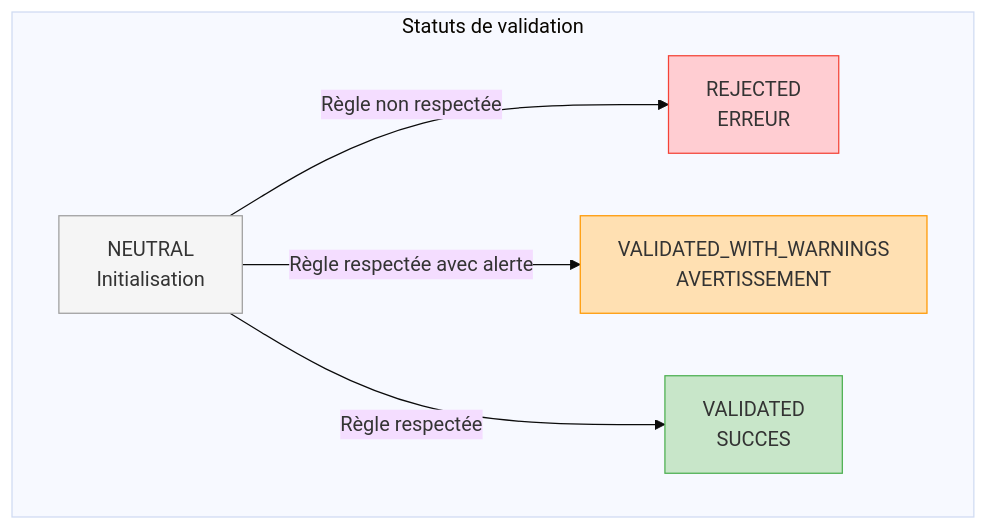
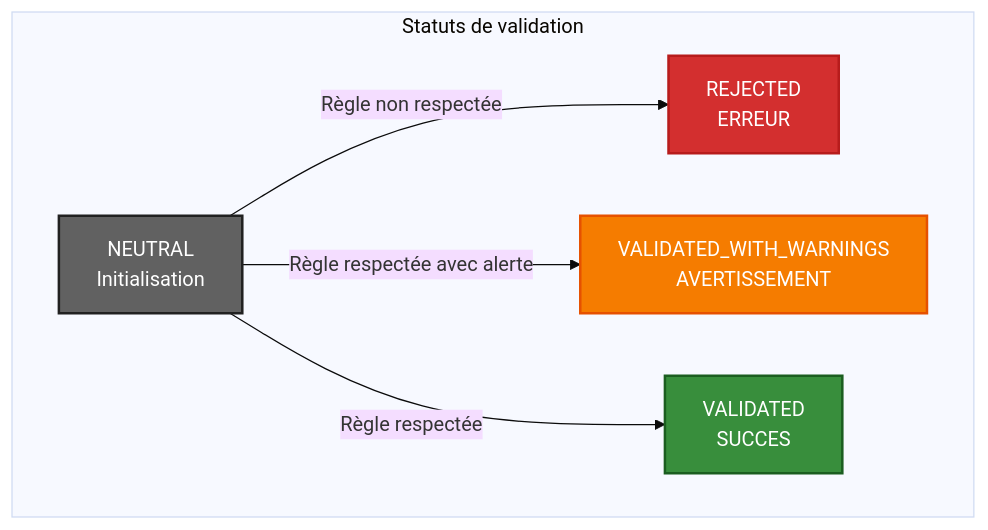
One commit to assurance-maladie-digital/design-system-v3 changed the second of 9 diagrams in VALIDATION_SYSTEM_GUIDE.md. Above: the diagram before and after it, drawn with Mermaid (base theme). The commit also changed other lines of this file, not shown here.

````diff
--- a/VALIDATION_SYSTEM_GUIDE.md
+++ b/VALIDATION_SYSTEM_GUIDE.md
@@ -51,18 +51,18 @@
 ```mermaid
 flowchart TB
     subgraph Statuts["Statuts de validation"]
         N[NEUTRAL\nInitialisation]
         R[REJECTED\nERREUR]
         VW[VALIDATED_WITH_WARNINGS\nAVERTISSEMENT]
         V[VALIDATED\nSUCCES]
     end
 
     N -->|Règle non respectée| R
     N -->|Règle respectée avec alerte| VW
     N -->|Règle respectée| V
 
-    style R fill:#ffcdd2,stroke:#f44336
-    style VW fill:#ffe0b2,stroke:#ff9800
-    style V fill:#c8e6c9,stroke:#4caf50
-    style N fill:#f5f5f5,stroke:#9e9e9e
+    style R fill:#d32f2f,color:#fff,stroke:#b71c1c,stroke-width:2px
+    style VW fill:#f57c00,color:#fff,stroke:#e65100,stroke-width:2px
+    style V fill:#388e3c,color:#fff,stroke:#1b5e20,stroke-width:2px
+    style N fill:#616161,color:#fff,stroke:#212121,stroke-width:2px
 ```
````
